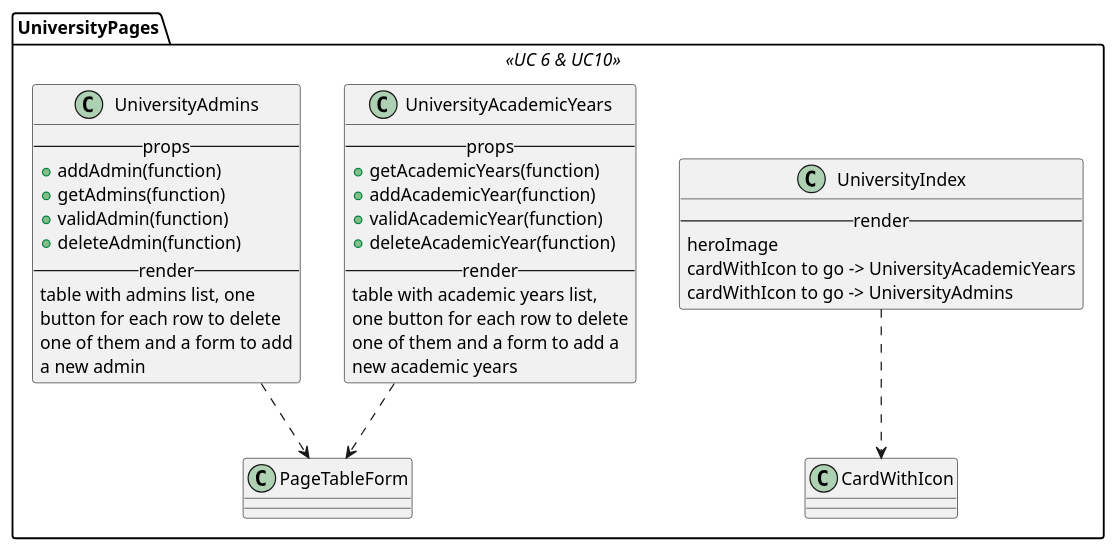
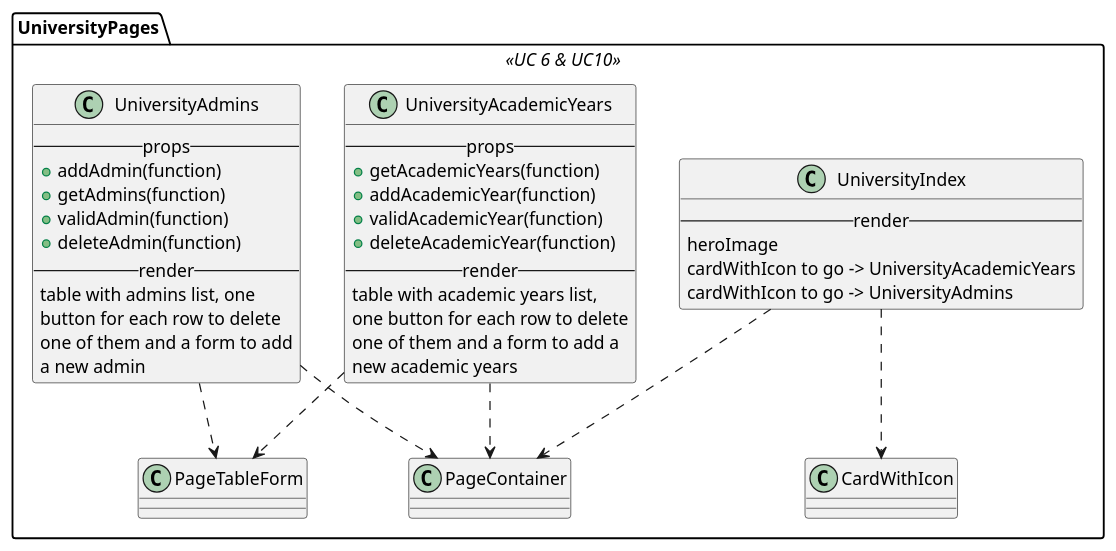
Before and after one commit to M9k/Marvin-Uml: the diagram in react/university/index.iuml, drawn with PlantUML. The commit also changed 9 other files, not shown here.

Commit message:
Possibile proposta di UML per react

```diff
--- a/react/university/index.iuml
+++ b/react/university/index.iuml
@@ -1,41 +1,44 @@
 package UniversityPages <<UC 6 & UC10>> {
 
 class UniversityIndex {
     --render--
         heroImage
         cardWithIcon to go -> UniversityAcademicYears
         cardWithIcon to go -> UniversityAdmins
 }
 UniversityIndex ..> CardWithIcon
+UniversityIndex ..> PageContainer
 
 class UniversityAcademicYears {
     --props--
         + getAcademicYears(function)
         + addAcademicYear(function)
         + validAcademicYear(function)
         + deleteAcademicYear(function)
     --render--
     table with academic years list,
      one button for each row to delete
      one of them and a form to add a
      new academic years
 }
 UniversityAcademicYears ..> PageTableForm
+UniversityAcademicYears ..> PageContainer
 
 
 class UniversityAdmins {
     --props--
         + addAdmin(function)
         + getAdmins(function)
         + validAdmin(function)
         + deleteAdmin(function)
     --render--
     table with admins list, one
     button for each row to delete
     one of them and a form to add
     a new admin
 }
 UniversityAdmins ..> PageTableForm
+UniversityAdmins ..> PageContainer
 
 
 }
```
